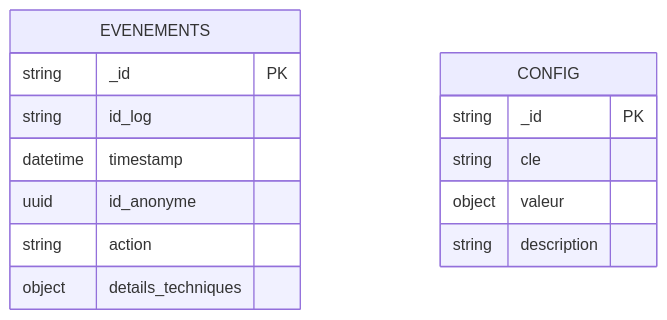
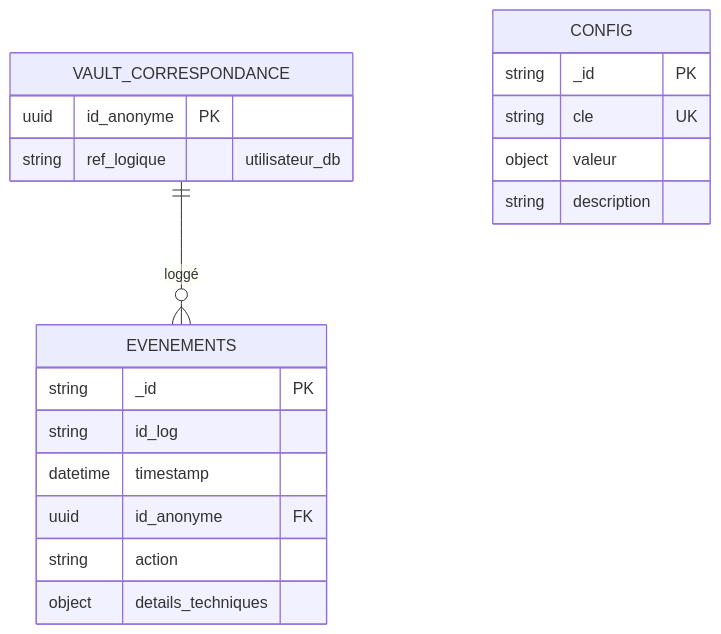
One commit to Gwendal-Ferlin/MSPR502_BDD_Python changed diagram 11 of 12 in README.md. Above: the diagram before and after it, drawn with Mermaid. The commit also changed other lines of this file, not shown here.

````diff
--- a/README.md
+++ b/README.md
@@ -951,17 +981,23 @@
 ```mermaid
 erDiagram
+    VAULT_CORRESPONDANCE ||--o{ EVENEMENTS : "loggé"
+
+    VAULT_CORRESPONDANCE {
+        uuid id_anonyme PK
+        string ref_logique "utilisateur_db"
+    }
     EVENEMENTS {
         string _id PK
         string id_log
         datetime timestamp
-        uuid id_anonyme
+        uuid id_anonyme FK
         string action
         object details_techniques
     }
     CONFIG {
         string _id PK
-        string cle
+        string cle UK
         object valeur
         string description
     }
 ```
````
